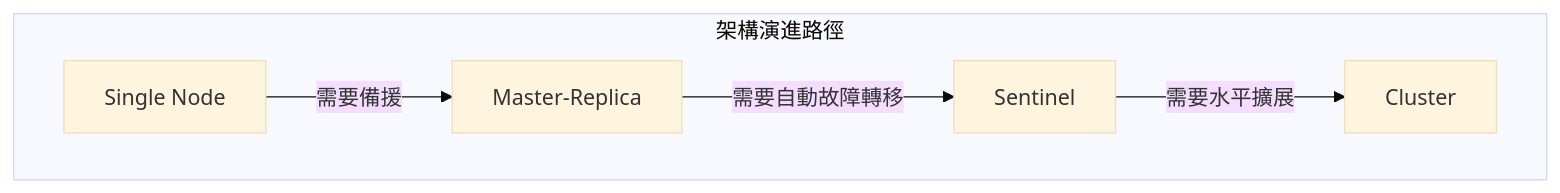
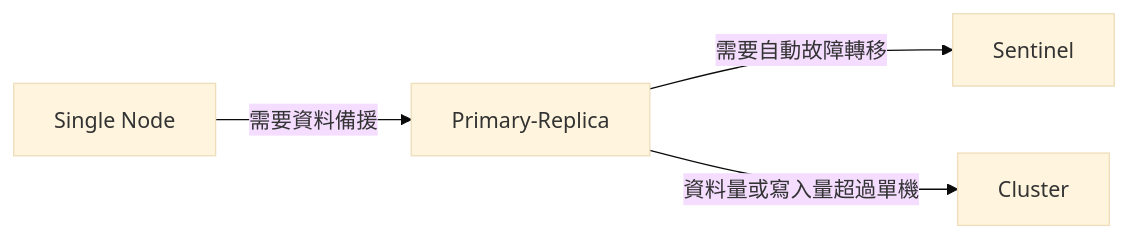
The fourth of 30 diagrams in content/posts/教學/工具/Redis教學手冊.md (chihhung/Blog), drawn with Mermaid (base theme) before and after one commit. The commit also changed other lines of this file and 10 other files, not shown here.

````diff
--- a/content/posts/教學/工具/Redis教學手冊.md
+++ b/content/posts/教學/工具/Redis教學手冊.md
@@ -224,8 +438,6 @@
 ```mermaid
-flowchart TB
-    subgraph "架構演進路徑"
-        A[Single Node] -->|需要備援| B[Master-Replica]
-        B -->|需要自動故障轉移| C[Sentinel]
-        C -->|需要水平擴展| D[Cluster]
-    end
+flowchart LR
+    A[Single Node] -->|需要資料備援| B[Primary-Replica]
+    B -->|需要自動故障轉移| C[Sentinel]
+    B -->|資料量或寫入量超過單機| D[Cluster]
 ```
````
